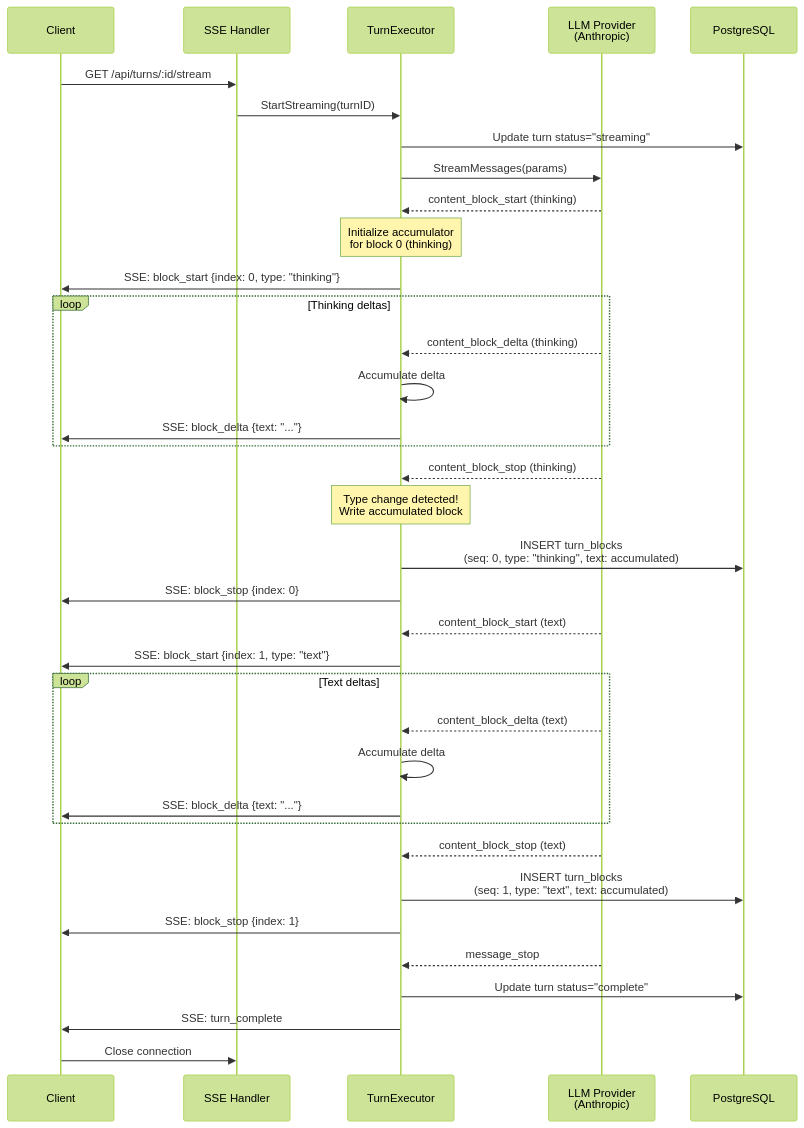
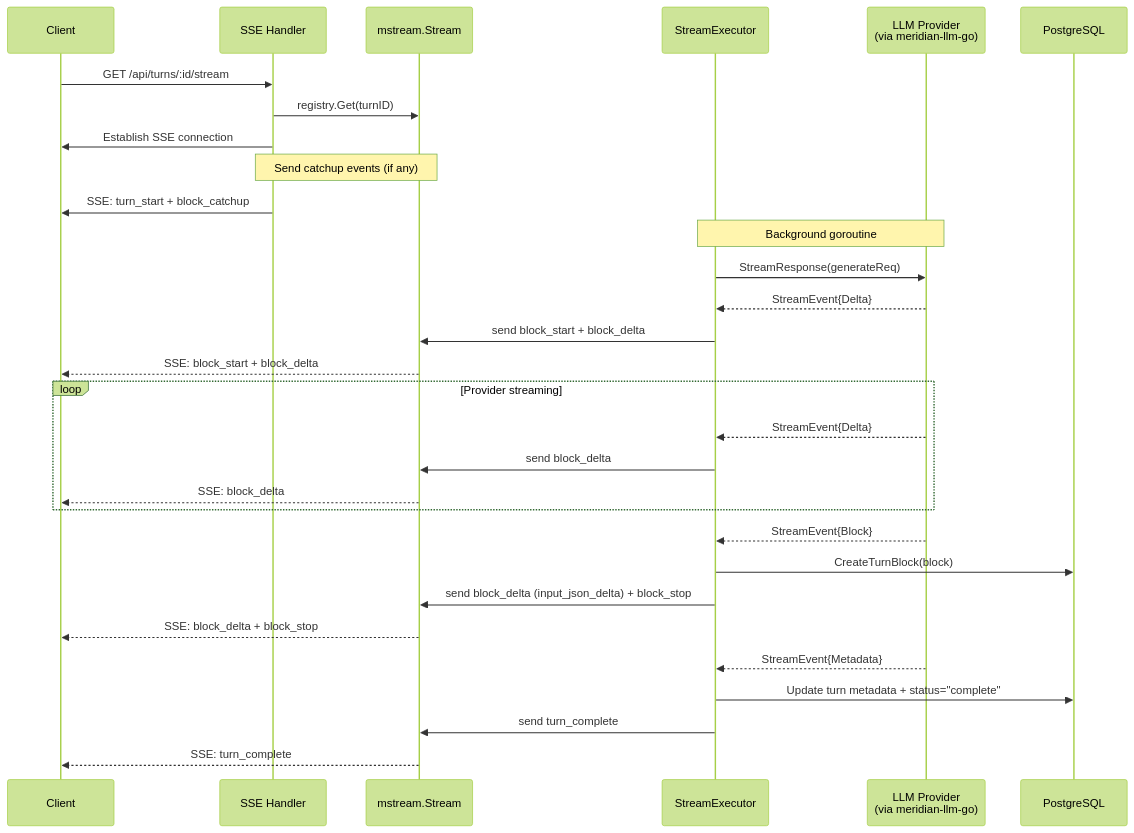
The first of 2 diagrams in _docs/technical/backend/architecture/streaming-architecture.md (haowjy/meridian), drawn with Mermaid (forest theme) before and after one commit. The commit also changed other lines of this file and 64 other files, not shown here.

````diff
--- a/_docs/technical/backend/architecture/streaming-architecture.md
+++ b/_docs/technical/backend/architecture/streaming-architecture.md
@@ -248,50 +190,40 @@
 ```mermaid
 sequenceDiagram
     participant Client
     participant Handler as SSE Handler
-    participant Executor as TurnExecutor
-    participant Provider as LLM Provider<br/>(Anthropic)
+    participant Stream as mstream.Stream
+    participant Executor as StreamExecutor
+    participant Provider as LLM Provider<br/>(via meridian-llm-go)
     participant DB as PostgreSQL
 
     Client->>Handler: GET /api/turns/:id/stream
-    Handler->>Executor: StartStreaming(turnID)
-    Executor->>DB: Update turn status="streaming"
+    Handler->>Stream: registry.Get(turnID)
+    Handler->>Client: Establish SSE connection
 
-    Executor->>Provider: StreamMessages(params)
-    Provider-->>Executor: content_block_start (thinking)
+    Note over Handler,Stream: Send catchup events (if any)
 
-    Note over Executor: Initialize accumulator<br/>for block 0 (thinking)
+    Handler->>Client: SSE: turn_start + block_catchup
 
-    Executor->>Client: SSE: block_start {index: 0, type: "thinking"}
+    Note over Executor,Provider: Background goroutine
 
-    loop Thinking deltas
-        Provider-->>Executor: content_block_delta (thinking)
-        Executor->>Executor: Accumulate delta
-        Executor->>Client: SSE: block_delta {text: "..."}
+    Executor->>Provider: StreamResponse(generateReq)
+    Provider-->>Executor: StreamEvent{Delta}
+    Executor->>Stream: send block_start + block_delta
+    Stream-->>Client: SSE: block_start + block_delta
+
+    loop Provider streaming
+        Provider-->>Executor: StreamEvent{Delta}
+        Executor->>Stream: send block_delta
+        Stream-->>Client: SSE: block_delta
     end
 
-    Provider-->>Executor: content_block_stop (thinking)
+    Provider-->>Executor: StreamEvent{Block}
+    Executor->>DB: CreateTurnBlock(block)
+    Executor->>Stream: send block_delta (input_json_delta) + block_stop
+    Stream-->>Client: SSE: block_delta + block_stop
 
-    Note over Executor: Type change detected!<br/>Write accumulated block
-
-    Executor->>DB: INSERT turn_blocks<br/>(seq: 0, type: "thinking", text: accumulated)
-    Executor->>Client: SSE: block_stop {index: 0}
-
-    Provider-->>Executor: content_block_start (text)
-    Executor->>Client: SSE: block_start {index: 1, type: "text"}
-
-    loop Text deltas
-        Provider-->>Executor: content_block_delta (text)
-        Executor->>Executor: Accumulate delta
-        Executor->>Client: SSE: block_delta {text: "..."}
-    end
-
-    Provider-->>Executor: content_block_stop (text)
-    Executor->>DB: INSERT turn_blocks<br/>(seq: 1, type: "text", text: accumulated)
-    Executor->>Client: SSE: block_stop {index: 1}
-
-    Provider-->>Executor: message_stop
-    Executor->>DB: Update turn status="complete"
-    Executor->>Client: SSE: turn_complete
-    Client->>Handler: Close connection
+    Provider-->>Executor: StreamEvent{Metadata}
+    Executor->>DB: Update turn metadata + status="complete"
+    Executor->>Stream: send turn_complete
+    Stream-->>Client: SSE: turn_complete
 ```
````
